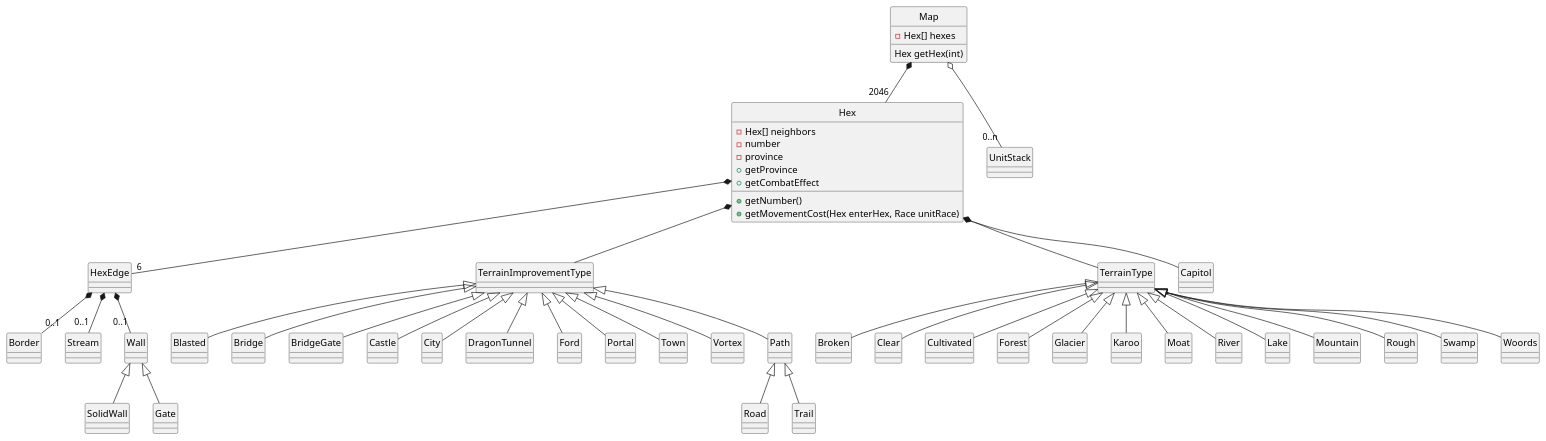
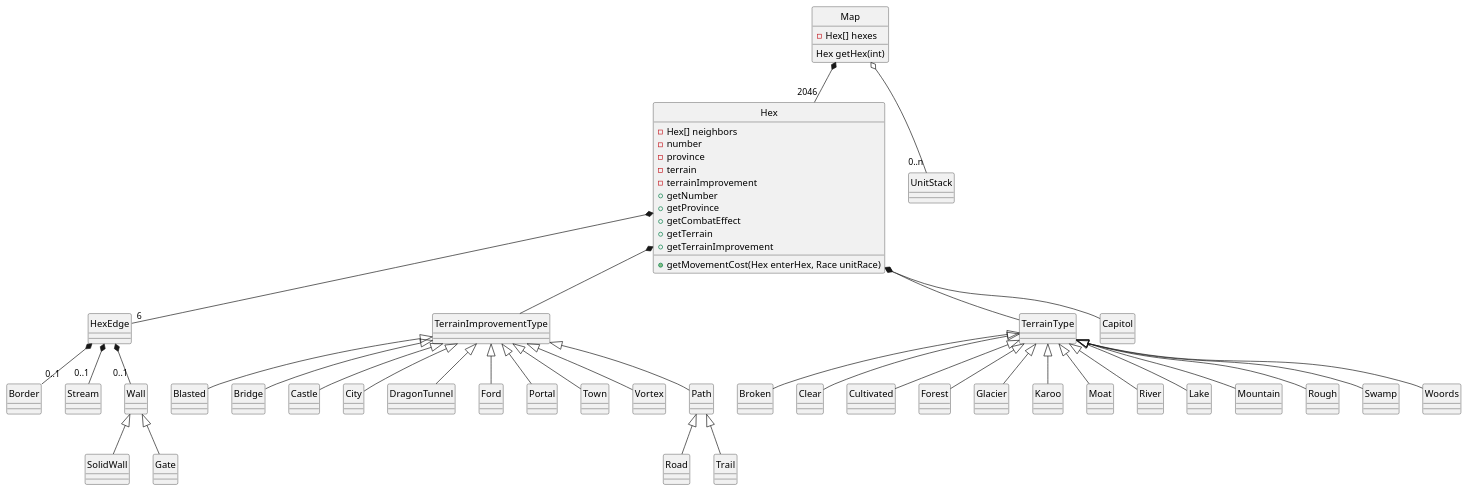
The diagram in mapmove.pu (CS383-Sword-and-Sorcery/HW3), drawn with PlantUML before and after one commit.

Commit message:
remove bridgegate, there is no such thing

```diff
--- a/mapmove.pu
+++ b/mapmove.pu
@@ -1,59 +1,62 @@
 @startuml
 hide circle
 ' <|-- is "extention" and used for class inheritence
 ' *-- is composition (static aggregation), for when b is permanently "part of" a
 ' o-- is aggregation (dynamic aggregation)
 
 class Map {
     -Hex[] hexes
 	Hex getHex(int)
 }
 
 class Hex {
 	-Hex[] neighbors
     -number
     -province
-    +getNumber()
+    -terrain
+    -terrainImprovement
+    +getNumber
     +getProvince
     +getMovementCost(Hex enterHex, Race unitRace)
     +getCombatEffect
+    +getTerrain
+    +getTerrainImprovement
 }
 
 Map o-- "0..n" UnitStack
 Map *-- "2046" Hex
 Hex *-- "6" HexEdge
 Hex *-- TerrainImprovementType
 Hex *-- TerrainType
 Hex *-- Capitol
 HexEdge *-- "0..1" Border
 HexEdge *-- "0..1" Stream
 HexEdge *-- "0..1" Wall
                    Wall <|-- SolidWall
                    Wall <|-- Gate
 TerrainType <|-- Broken
 TerrainType <|-- Clear
 TerrainType <|-- Cultivated
 TerrainType <|-- Forest
 TerrainType <|-- Glacier
 TerrainType <|-- Karoo
 TerrainType <|-- Moat
 TerrainType <|-- River
 TerrainType <|-- Lake
 TerrainType <|-- Mountain
 TerrainType <|-- Rough
 TerrainType <|-- Swamp
 TerrainType <|-- Woords
 TerrainImprovementType <|-- Blasted
 TerrainImprovementType <|-- Bridge
-TerrainImprovementType <|-- BridgeGate
 TerrainImprovementType <|-- Castle
 TerrainImprovementType <|-- City
 TerrainImprovementType <|-- DragonTunnel
 TerrainImprovementType <|-- Ford
 TerrainImprovementType <|-- Portal
 TerrainImprovementType <|-- Town
 TerrainImprovementType <|-- Vortex
 TerrainImprovementType <|-- Path
                             Path <|-- Road
                             Path <|-- Trail
 @enduml
```
